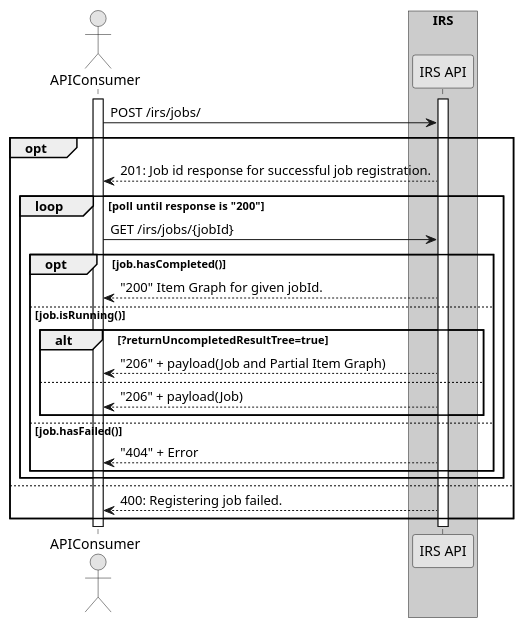
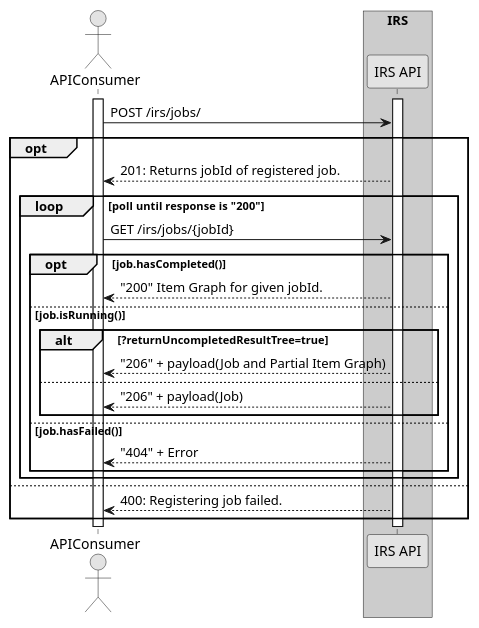
The diagram in uml-diagramms/api/irs-api-interaction.puml (eclipse-tractusx/item-relationship-service), drawn with PlantUML before and after one commit. The commit also changed 14 other files, not shown here.

```diff
--- a/uml-diagramms/api/irs-api-interaction.puml
+++ b/uml-diagramms/api/irs-api-interaction.puml
@@ -1,38 +1,38 @@
 @startuml
 skinparam monochrome true
 skinparam shadowing false
 
 actor APIConsumer
 activate APIConsumer
 
 box "IRS" #LightBlue
 participant WebService as "IRS API"
 activate WebService
 
 APIConsumer -> WebService : POST /irs/jobs/
 opt
-APIConsumer <-- WebService : 201: Job id response for successful job registration.
+APIConsumer <-- WebService : 201: Returns jobId of registered job.
 
     loop poll until response is  "200"
          APIConsumer -> WebService : GET /irs/jobs/{jobId}
 
          opt job.hasCompleted()
                 APIConsumer <-- WebService : "200" Item Graph for given jobId.
          else job.isRunning()
                alt ?returnUncompletedResultTree=true
                  APIConsumer <-- WebService : "206" + payload(Job and Partial Item Graph)
                else
                  APIConsumer <-- WebService : "206" + payload(Job)
                 end alt
          else job.hasFailed()
             APIConsumer <-- WebService : "404" + Error
         end opt
     end loop
 
 else
 APIConsumer <-- WebService : 400: Registering job failed.
 end opt
 
 
 
 @enduml
```
